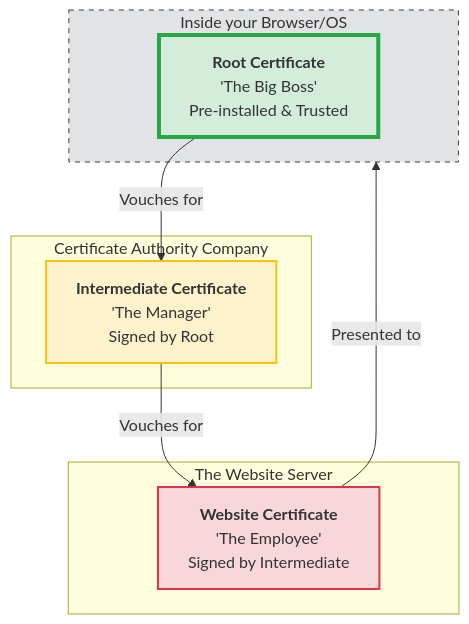
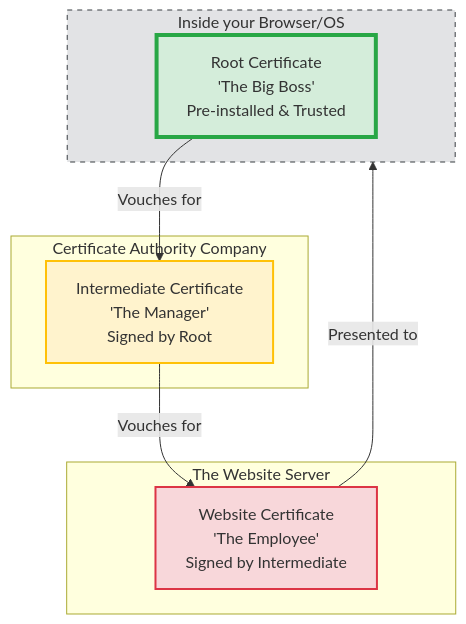
Before and after one commit to MaksimZinovev/wiki: the second of 2 diagrams in notes/browser-root-certificate.md, drawn with Mermaid. The commit also changed other lines of this file, not shown here.

Commit message:
Auto-save: Updated notes/browser-root-certificate.md

````diff
--- a/notes/browser-root-certificate.md
+++ b/notes/browser-root-certificate.md
@@ -112,25 +108,25 @@
 ```mermaid
 graph TD
     subgraph Browser_OS [Inside your Browser/OS]
-        Root[<b>Root Certificate</b><br/>'The Big Boss'<br/>Pre-installed & Trusted]
+        Root[Root Certificate<br/>'The Big Boss'<br/>Pre-installed & Trusted]
     end
 
     subgraph CA_Company [Certificate Authority Company]
-        Intermediate[<b>Intermediate Certificate</b><br/>'The Manager'<br/>Signed by Root]
+        Intermediate[Intermediate Certificate<br/>'The Manager'<br/>Signed by Root]
     end
 
     subgraph Web_Server [The Website Server]
-        Website[<b>Website Certificate</b><br/>'The Employee'<br/>Signed by Intermediate]
+        Website[Website Certificate<br/>'The Employee'<br/>Signed by Intermediate]
     end
 
     %% Trust Flow
     Root -- "Vouches for" --> Intermediate
     Intermediate -- "Vouches for" --> Website
     Website -- "Presented to" --> Browser_OS
 
     %% Styling
     style Root fill:#d4edda,stroke:#28a745,stroke-width:4px
     style Intermediate fill:#fff3cd,stroke:#ffc107,stroke-width:2px
     style Website fill:#f8d7da,stroke:#dc3545,stroke-width:2px
     style Browser_OS fill:#e2e3e5,stroke:#383d41,stroke-dasharray: 5 5
 ```
````
